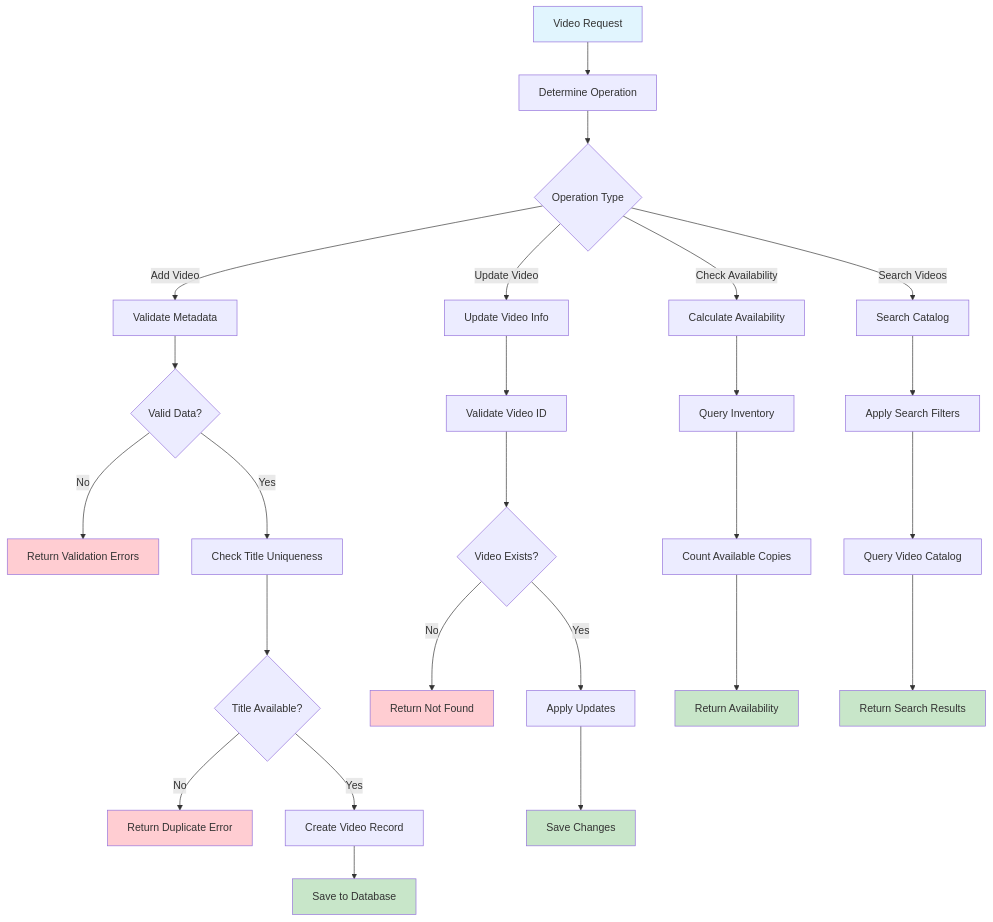
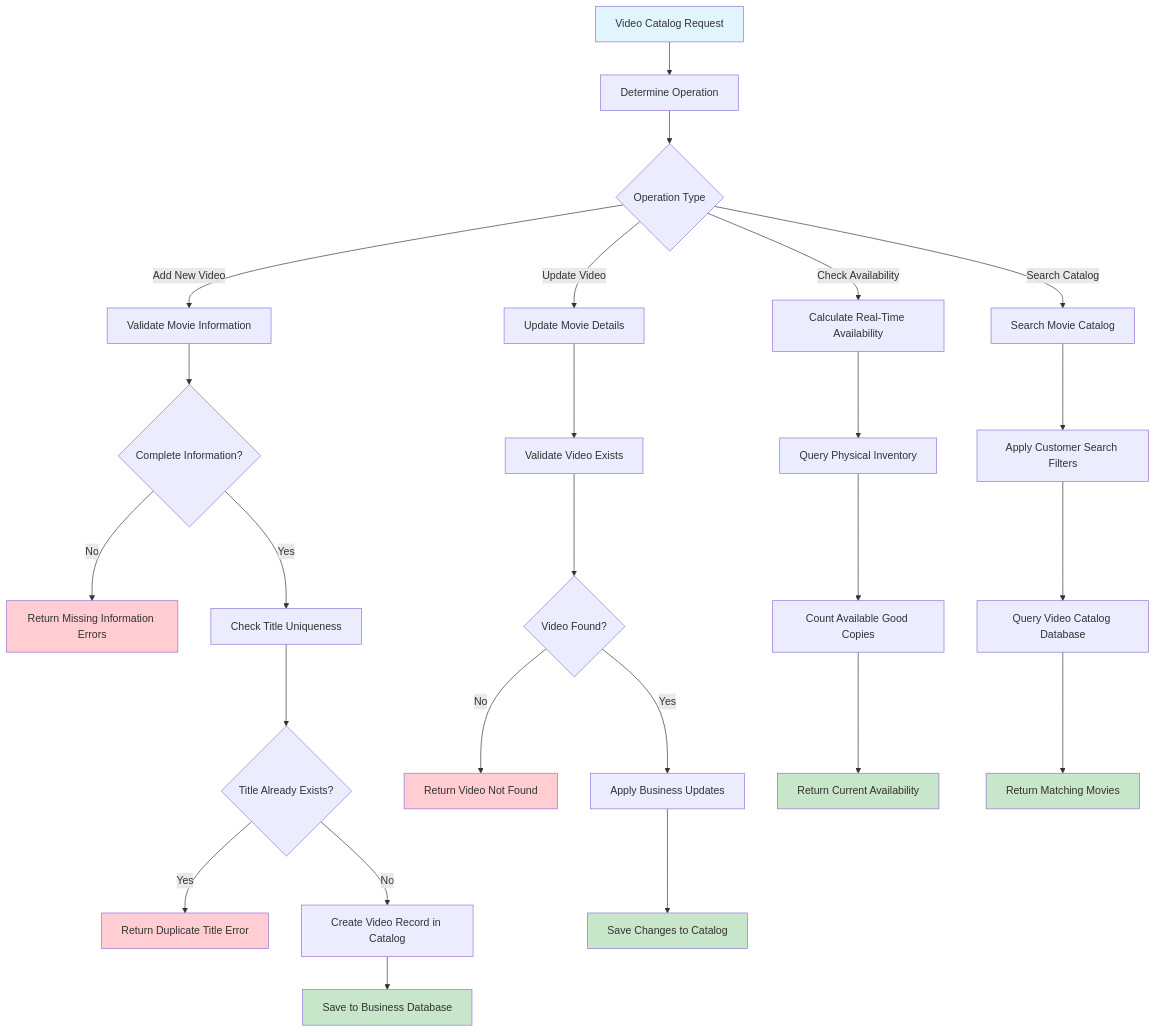
Before and after one commit to tiberius-s/video-rental-demo: the diagram in diagrams/workflows/02-video-catalog-management-workflow.md, drawn with Mermaid. The commit also changed other lines of this file and 21 other files, not shown here.

````diff
--- a/diagrams/workflows/02-video-catalog-management-workflow.md
+++ b/diagrams/workflows/02-video-catalog-management-workflow.md
@@ -18,44 +36,44 @@
 ```mermaid
 flowchart TD
-    A[Video Request] --> B[Determine Operation]
+    A[Video Catalog Request] --> B[Determine Operation]
     B --> C{Operation Type}
-    C -->|Add Video| D[Validate Metadata]
-    C -->|Update Video| E[Update Video Info]
-    C -->|Check Availability| F[Calculate Availability]
-    C -->|Search Videos| G[Search Catalog]
+    C -->|Add New Video| D[Validate Movie Information]
+    C -->|Update Video| E[Update Movie Details]
+    C -->|Check Availability| F[Calculate Real-Time Availability]
+    C -->|Search Catalog| G[Search Movie Catalog]
 
-    %% Add Video
-    D --> H{Valid Data?}
-    H -->|No| I[Return Validation Errors]
+    %% Add New Video
+    D --> H{Complete Information?}
+    H -->|No| I[Return Missing Information Errors]
     H -->|Yes| J[Check Title Uniqueness]
-    J --> K{Title Available?}
-    K -->|No| L[Return Duplicate Error]
-    K -->|Yes| M[Create Video Record]
-    M --> N[Save to Database]
+    J --> K{Title Already Exists?}
+    K -->|Yes| L[Return Duplicate Title Error]
+    K -->|No| M[Create Video Record in Catalog]
+    M --> N[Save to Business Database]
 
-    %% Update Video
-    E --> O[Validate Video ID]
-    O --> P{Video Exists?}
-    P -->|No| Q[Return Not Found]
-    P -->|Yes| R[Apply Updates]
-    R --> S[Save Changes]
+    %% Update Video Details
+    E --> O[Validate Video Exists]
+    O --> P{Video Found?}
+    P -->|No| Q[Return Video Not Found]
+    P -->|Yes| R[Apply Business Updates]
+    R --> S[Save Changes to Catalog]
 
-    %% Check Availability
-    F --> T[Query Inventory]
-    T --> U[Count Available Copies]
-    U --> V[Return Availability]
+    %% Check Real-Time Availability
+    F --> T[Query Physical Inventory]
+    T --> U[Count Available Good Copies]
+    U --> V[Return Current Availability]
 
-    %% Search Catalog
-    G --> W[Apply Search Filters]
-    W --> X[Query Video Catalog]
-    X --> Y[Return Search Results]
+    %% Search Movie Catalog
+    G --> W[Apply Customer Search Filters]
+    W --> X[Query Video Catalog Database]
+    X --> Y[Return Matching Movies]
 
     style A fill:#e1f5fe
     style N fill:#c8e6c9
     style S fill:#c8e6c9
     style V fill:#c8e6c9
     style Y fill:#c8e6c9
     style I fill:#ffcdd2
     style L fill:#ffcdd2
     style Q fill:#ffcdd2
 ```
````
